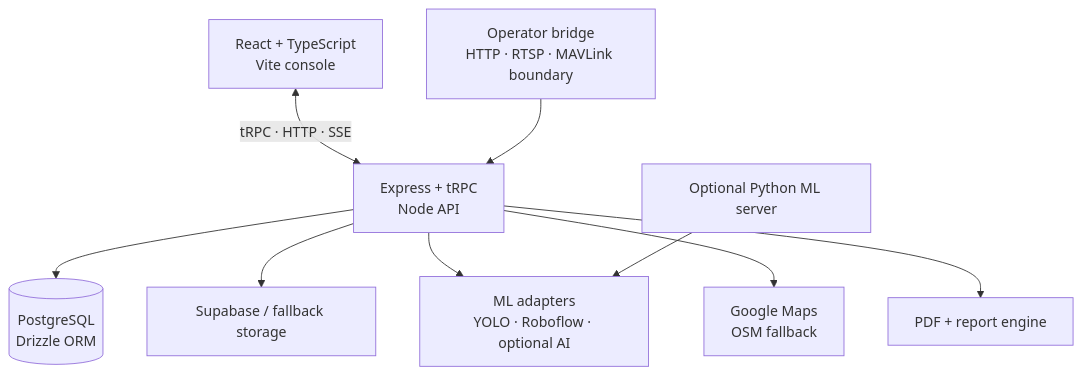
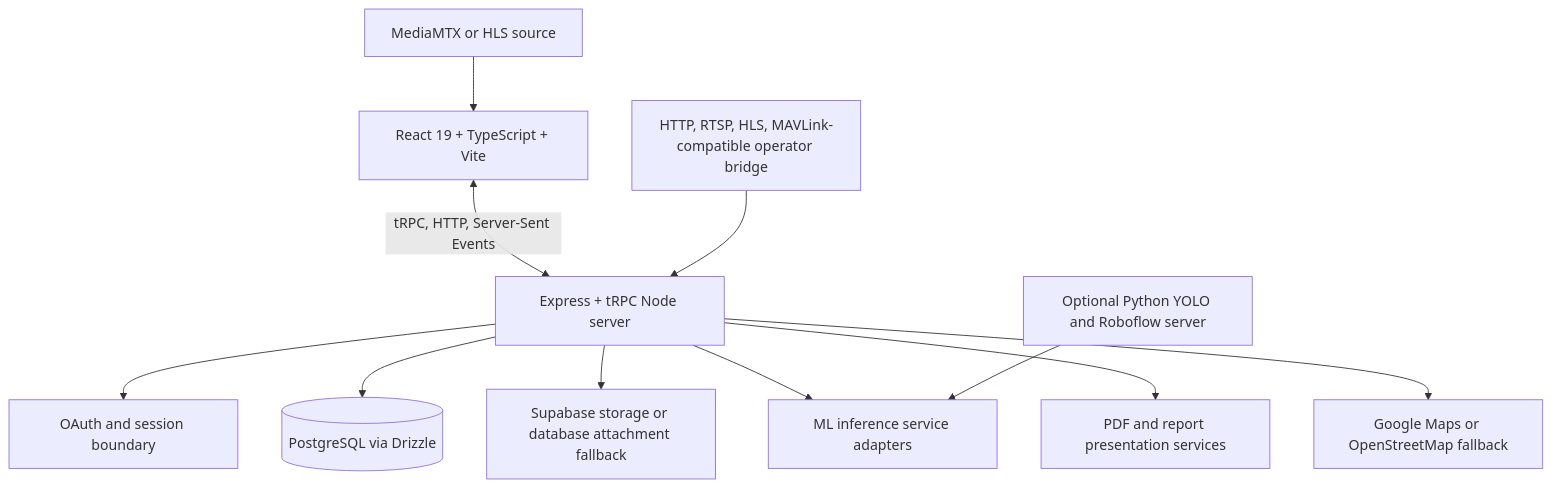
Before and after one commit to RidhimaKulashriz/DRIFT-AI-ML-Platform: the third of 5 diagrams in README.md, drawn with Mermaid. The commit also changed other lines of this file and 1 other file, not shown here.

````diff
--- a/README.md
+++ b/README.md
@@ -119,11 +248,13 @@
 ```mermaid
 flowchart TB
-    UI[React + TypeScript\nVite console] <-->|tRPC · HTTP · SSE| API[Express + tRPC\nNode API]
-    API --> DB[(PostgreSQL\nDrizzle ORM)]
-    API --> STORE[Supabase / fallback storage]
-    API --> AI[ML adapters\nYOLO · Roboflow · optional AI]
-    API --> MAP[Google Maps\nOSM fallback]
-    API --> PDF[PDF + report engine]
-    BRIDGE[Operator bridge\nHTTP · RTSP · MAVLink boundary] --> API
-    ML[Optional Python ML server] --> AI
+    UI[React 19 + TypeScript + Vite] <-->|tRPC, HTTP, Server-Sent Events| API[Express + tRPC Node server]
+    API --> AUTH[OAuth and session boundary]
+    API --> DB[(PostgreSQL via Drizzle)]
+    API --> STORAGE[Supabase storage or database attachment fallback]
+    API --> INFERENCE[ML inference service adapters]
+    API --> REPORTS[PDF and report presentation services]
+    API --> MAPS[Google Maps or OpenStreetMap fallback]
+    BRIDGE[HTTP, RTSP, HLS, MAVLink-compatible operator bridge] --> API
+    PYTHON[Optional Python YOLO and Roboflow server] --> INFERENCE
+    MEDIA[MediaMTX or HLS source] --> UI
 ```
````
